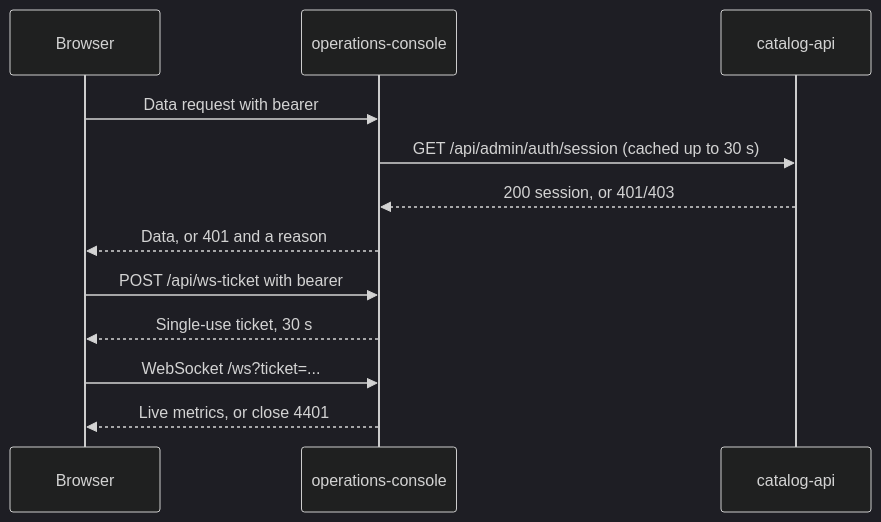
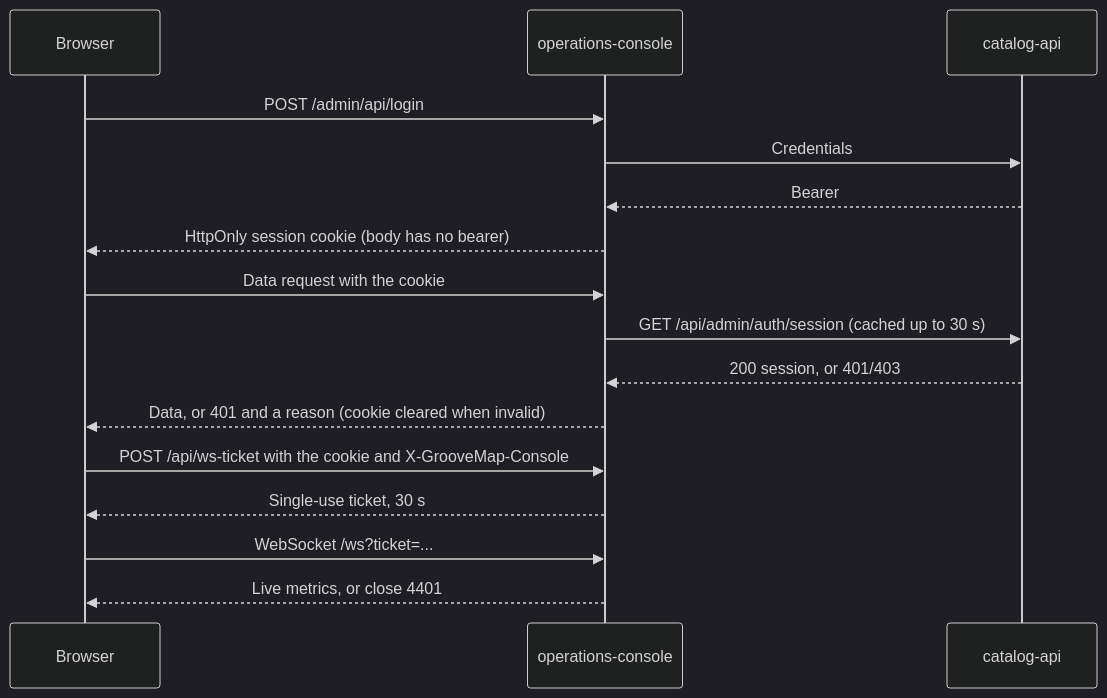
The second of 3 diagrams in docs/architecture.md (groovemap-music/operations-console), drawn with Mermaid (dark theme) before and after one commit. The commit also changed other lines of this file and 18 other files, not shown here.

````diff
--- a/docs/architecture.md
+++ b/docs/architecture.md
@@ -51,14 +51,18 @@
 ```mermaid
 sequenceDiagram
     participant Browser
     participant Console as operations-console
     participant API as catalog-api
-    Browser->>Console: Data request with bearer
+    Browser->>Console: POST /admin/api/login
+    Console->>API: Credentials
+    API-->>Console: Bearer
+    Console-->>Browser: HttpOnly session cookie (body has no bearer)
+    Browser->>Console: Data request with the cookie
     Console->>API: GET /api/admin/auth/session (cached up to 30 s)
     API-->>Console: 200 session, or 401/403
-    Console-->>Browser: Data, or 401 and a reason
-    Browser->>Console: POST /api/ws-ticket with bearer
+    Console-->>Browser: Data, or 401 and a reason (cookie cleared when invalid)
+    Browser->>Console: POST /api/ws-ticket with the cookie and X-GrooveMap-Console
     Console-->>Browser: Single-use ticket, 30 s
     Browser->>Console: WebSocket /ws?ticket=...
     Console-->>Browser: Live metrics, or close 4401
 ```
````
